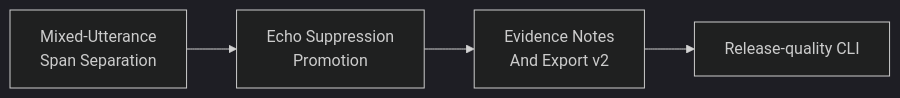
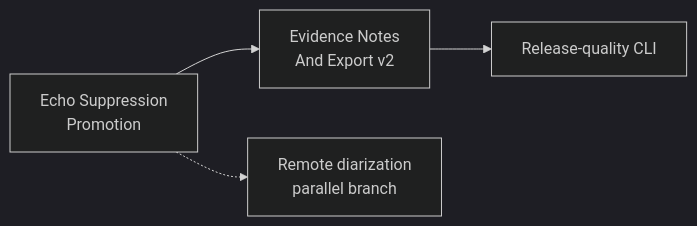
The diagram in docs/project/current-goal.md (asukhodko/murmurmark), drawn with Mermaid (dark theme) before and after one commit. The commit also changed other lines of this file and 14 other files, not shown here.

Commit message:
feat: add mixed utterance span evidence

````diff
--- a/docs/project/current-goal.md
+++ b/docs/project/current-goal.md
@@ -115,9 +121,10 @@
 ```mermaid
 flowchart LR
-    A["Mixed-Utterance<br/>Span Separation"]
-    B["Echo Suppression<br/>Promotion"]
-    C["Evidence Notes<br/>And Export v2"]
-    D["Release-quality CLI"]
+    A["Echo Suppression<br/>Promotion"]
+    B["Evidence Notes<br/>And Export v2"]
+    C["Release-quality CLI"]
+    D["Remote diarization<br/>parallel branch"]
 
-    A --> B --> C --> D
+    A --> B --> C
+    A -.-> D
 ```
````
